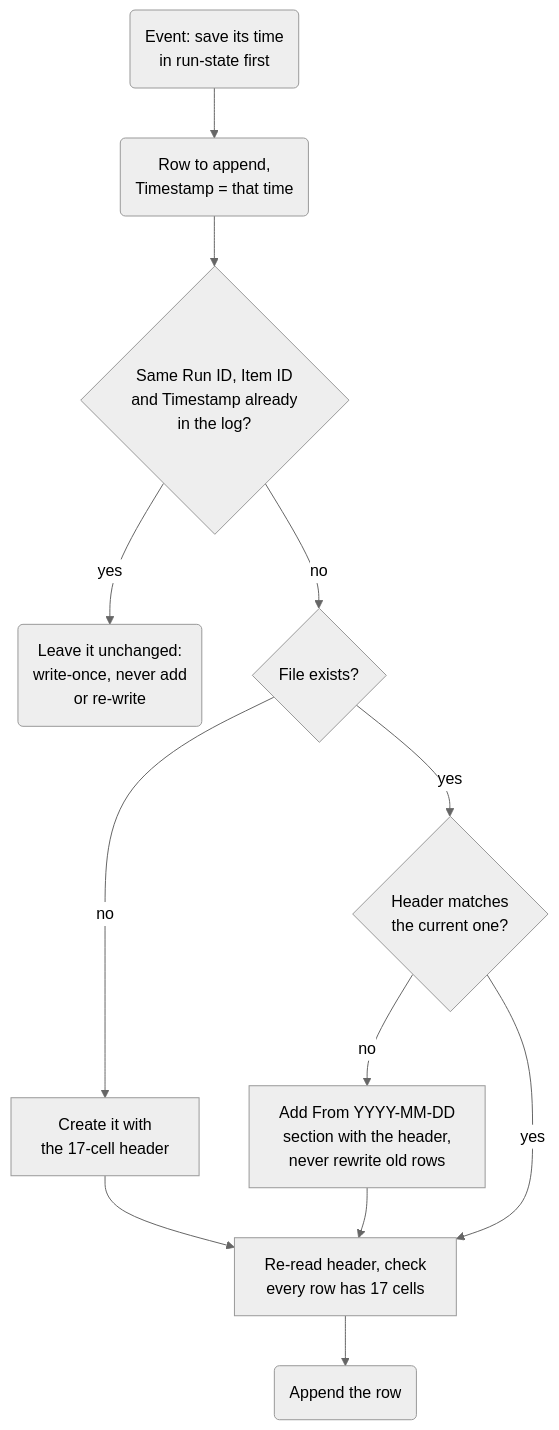
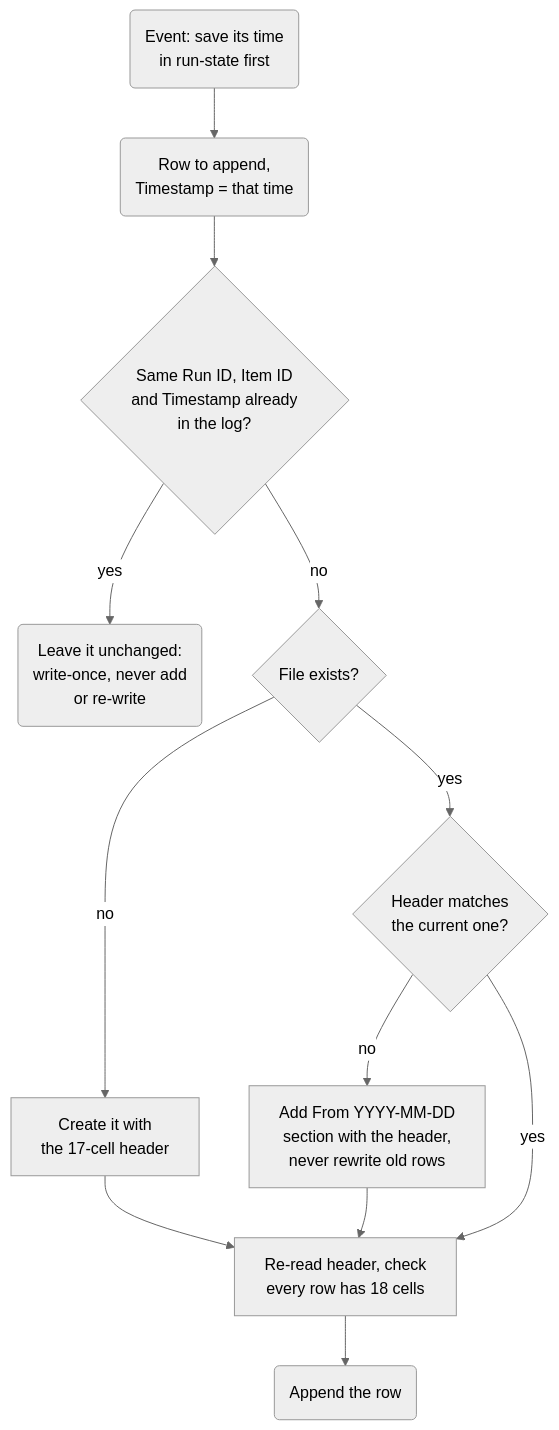
One commit to muhammedalikhan86/claude-stash changed the second of 2 diagrams in skills/plugin-orchestrator-development-pattern/mermaid/12-metrics.md. Above: the diagram before and after it, drawn with Mermaid (neutral theme). The commit also changed other lines of this file and 16 other files, not shown here.

````diff
--- a/skills/plugin-orchestrator-development-pattern/mermaid/12-metrics.md
+++ b/skills/plugin-orchestrator-development-pattern/mermaid/12-metrics.md
@@ -30,14 +30,14 @@
 ```mermaid
 flowchart TD
     A0("Event: save its time<br/>in run-state first") --> A("Row to append,<br/>Timestamp = that time")
     A --> Dup{"Same Run ID, Item ID<br/>and Timestamp already<br/>in the log?"}
     Dup -->|"yes"| Skip("Leave it unchanged:<br/>write-once, never add<br/>or re-write")
     Dup -->|"no"| Exists{"File exists?"}
     Exists -->|"no"| Create["Create it with<br/>the 17-cell header"]
     Exists -->|"yes"| Same{"Header matches<br/>the current one?"}
     Same -->|"no"| Section["Add From YYYY-MM-DD<br/>section with the header,<br/>never rewrite old rows"]
     Same -->|"yes"| Check
     Create --> Check
-    Section --> Check["Re-read header, check<br/>every row has 17 cells"]
+    Section --> Check["Re-read header, check<br/>every row has 18 cells"]
     Check --> Write("Append the row")
 ```
````
